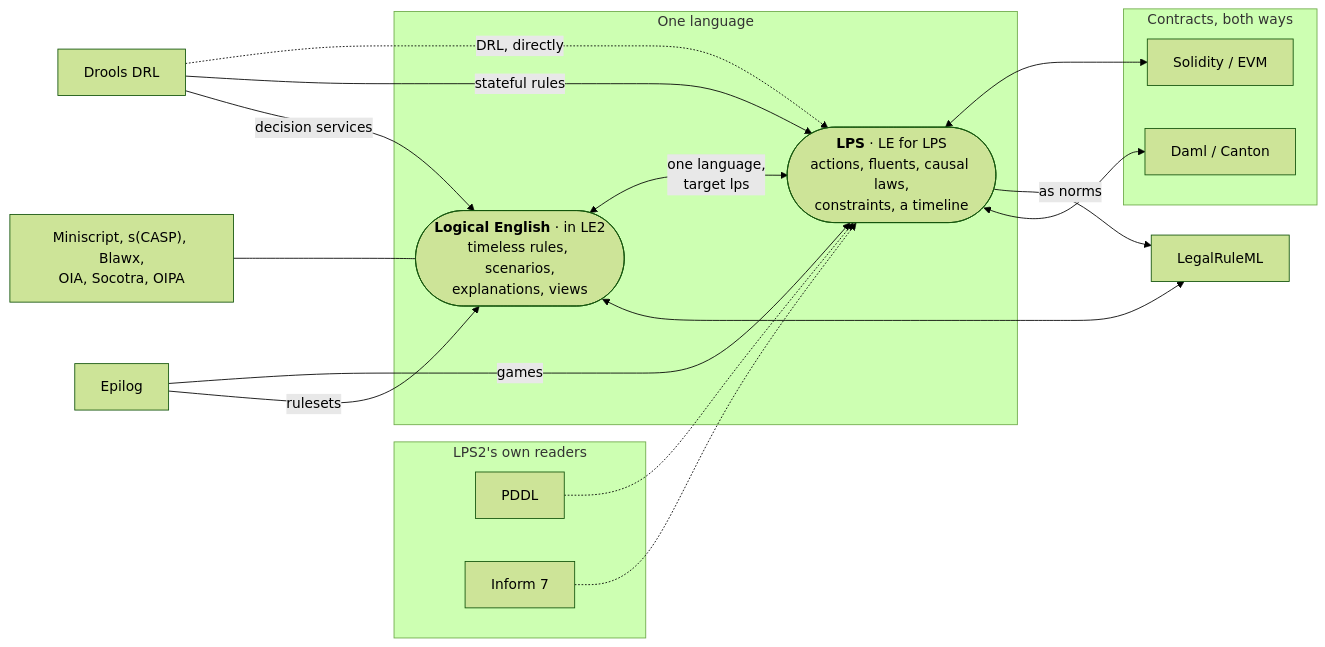
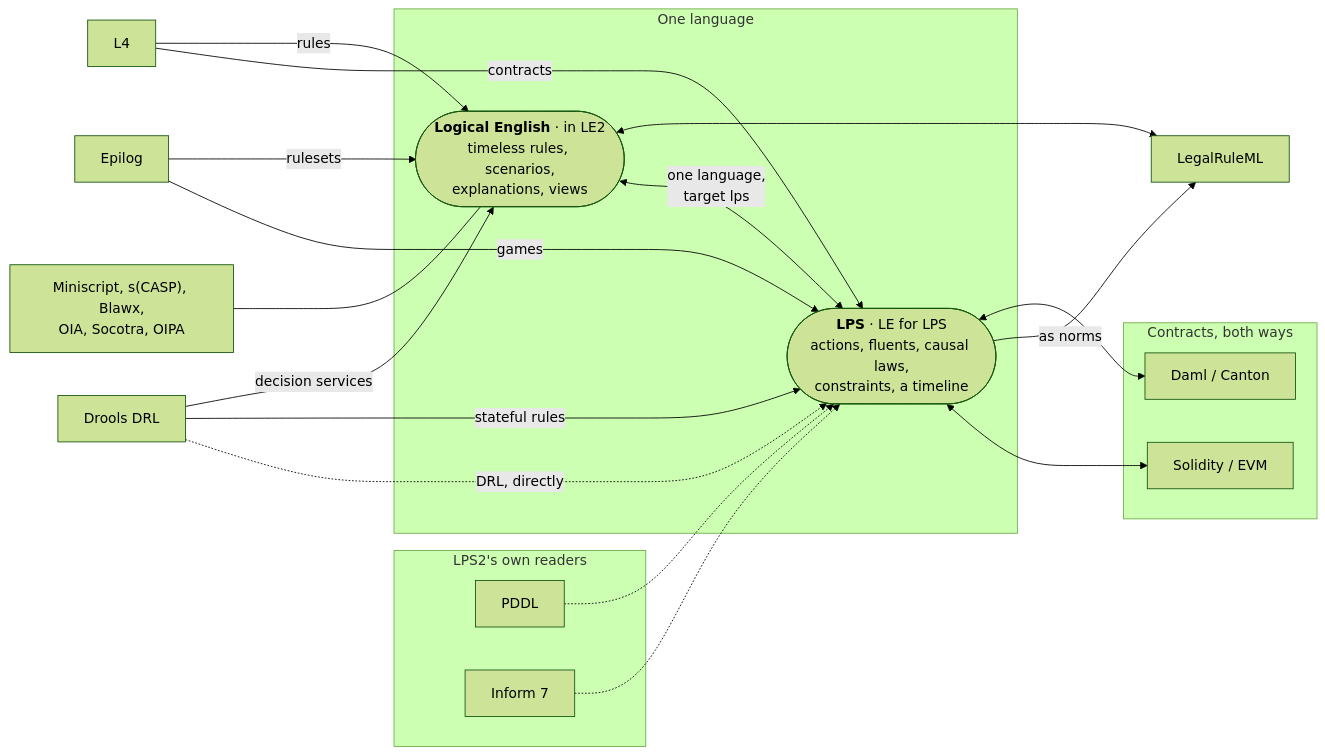
The diagram in docs/user/integrations/index.md (LogicalContractsOrg/lps2), drawn with Mermaid (forest theme) before and after one commit. The commit also changed other lines of this file and 111 other files, not shown here.

````diff
--- a/docs/user/integrations/index.md
+++ b/docs/user/integrations/index.md
@@ -40,47 +40,52 @@
 ```mermaid
 flowchart LR
   subgraph own["LPS2's own readers"]
     PD["PDDL"]
     IF["Inform 7"]
   end
 
   subgraph core["One language"]
     LPS(["<b>LPS</b> · LE for LPS<br/>actions, fluents, causal laws,<br/>constraints, a timeline"])
     LE(["<b>Logical English</b> · in LE2<br/>timeless rules, scenarios,<br/>explanations, views"])
     LE <-- "one language,<br/>target lps" --> LPS
   end
 
   subgraph both["Contracts, both ways"]
     SOL["Solidity / EVM"]
     DA["Daml / Canton"]
   end
 
+  L4["L4"]
+
   DR["Drools DRL"]
   EP["Epilog"]
   LR["LegalRuleML"]
   OTH["Miniscript, s(CASP), Blawx,<br/>OIA, Socotra, OIPA"]
 
   PD -.-> LPS
   IF -.-> LPS
   DR -. "DRL, directly" .-> LPS
   DR -- "stateful rules" --> LPS
   DR -- "decision services" --> LE
   EP -- "games" --> LPS
   EP -- "rulesets" --> LE
   LPS <--> SOL
   LPS -- "as norms" --> LR
   LPS <--> DA
+  L4 -- "contracts" --> LPS
+  L4 -- "rules" --> LE
   LE <--> LR
   OTH --- LE
 
   click PD "pddl" "PDDL and LPS"
   click IF "inform-7" "Inform 7 and LPS"
   click DR "drools" "Drools and LPS"
   click SOL "solidity" "Solidity and LPS"
   click DA "daml" "Daml and LPS"
+  click L4 "l4" "L4 and LPS"
   click LPS "../reference/le-for-lps" "Logical English for LPS"
   click LE "https://le2.logicalcontracts.com/docs/user/integrations/index" "Logical English: other systems"
   click EP "https://le2.logicalcontracts.com/docs/user/integrations/epilog" "Epilog and Logical English (LE2 documentation)"
   click LR "https://le2.logicalcontracts.com/docs/user/integrations/legalruleml" "LegalRuleML and Logical English (LE2 documentation)"
   click OTH "https://le2.logicalcontracts.com/docs/user/integrations/index" "The other systems (LE2 documentation)"
 ```
````
